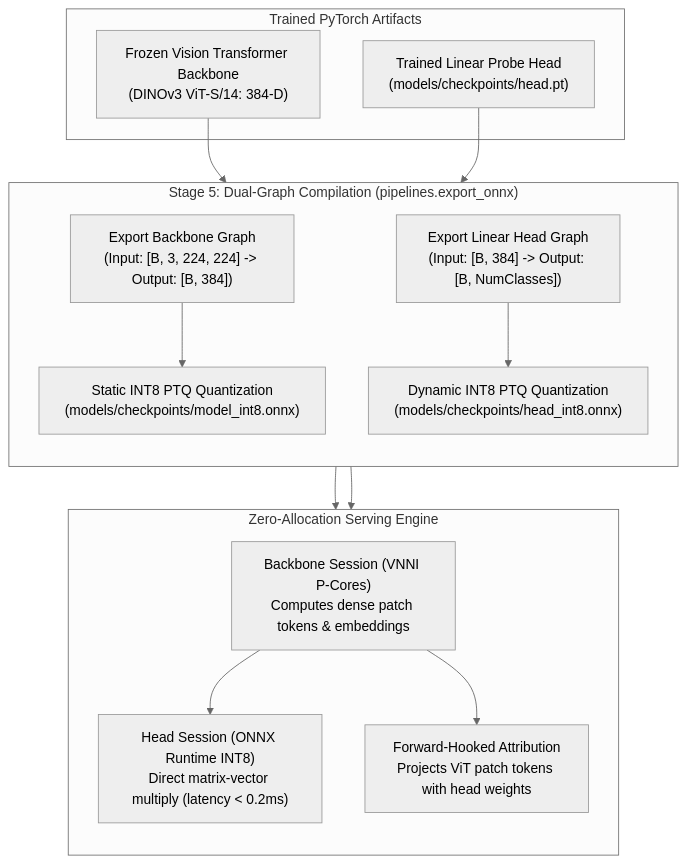
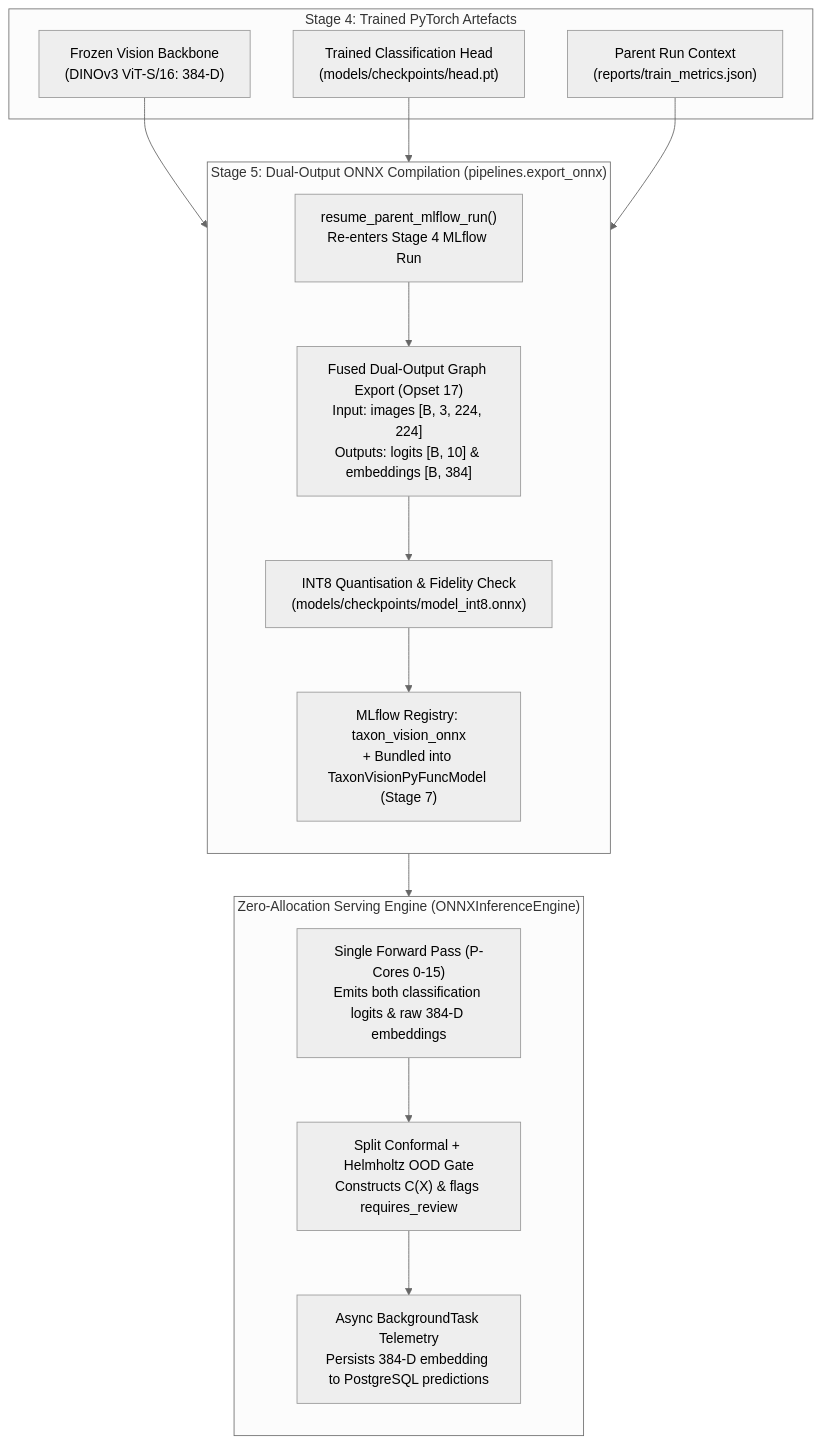
One commit to foersben/taxon-vision-mlops changed the diagram in docs/model_engineering/onnx_optimization_and_latency.md. Above: the diagram before and after it, drawn with Mermaid (neutral theme). The commit also changed other lines of this file and 26 other files, not shown here.

````diff
--- a/docs/model_engineering/onnx_optimization_and_latency.md
+++ b/docs/model_engineering/onnx_optimization_and_latency.md
@@ -28,31 +31,30 @@
 ```mermaid
 flowchart TD
-    subgraph PyTorchArtifacts["Trained PyTorch Artifacts"]
-        B_FP32["Frozen Vision Transformer Backbone<br/>(DINOv3 ViT-S/14: 384-D)"]
-        H_FP32["Trained Linear Probe Head<br/>(models/checkpoints/head.pt)"]
+    subgraph PyTorchArtifacts["Stage 4: Trained PyTorch Artefacts"]
+        B_FP32["Frozen Vision Backbone<br/>(DINOv3 ViT-S/16: 384-D)"]
+        H_FP32["Trained Classification Head<br/>(models/checkpoints/head.pt)"]
+        M_JSON["Parent Run Context<br/>(reports/train_metrics.json)"]
     end
 
-    subgraph ONNXCompilation["Stage 5: Dual-Graph Compilation (pipelines.export_onnx)"]
+    subgraph ONNXCompilation["Stage 5: Dual-Output ONNX Compilation (pipelines.export_onnx)"]
         direction TB
-        E1["Export Backbone Graph<br/>(Input: [B, 3, 224, 224] -> Output: [B, 384])"]
-        E2["Export Linear Head Graph<br/>(Input: [B, 384] -> Output: [B, NumClasses])"]
-        Q1["Static INT8 PTQ Quantization<br/>(models/checkpoints/model_int8.onnx)"]
-        Q2["Dynamic INT8 PTQ Quantization<br/>(models/checkpoints/head_int8.onnx)"]
-        E1 --> Q1
-        E2 --> Q2
+        RES["resume_parent_mlflow_run()<br/>Re-enters Stage 4 MLflow Run"]
+        E1["Fused Dual-Output Graph Export (Opset 17)<br/>Input: images [B, 3, 224, 224]<br/>Outputs: logits [B, 10] & embeddings [B, 384]"]
+        Q1["INT8 Quantisation & Fidelity Check<br/>(models/checkpoints/model_int8.onnx)"]
+        REG["MLflow Registry: taxon_vision_onnx<br/>+ Bundled into TaxonVisionPyFuncModel (Stage 7)"]
+        RES --> E1 --> Q1 --> REG
     end
 
-    subgraph ServingRuntime["Zero-Allocation Serving Engine"]
+    subgraph ServingRuntime["Zero-Allocation Serving Engine (ONNXInferenceEngine)"]
         direction TB
-        S_B["Backbone Session (VNNI P-Cores)<br/>Computes dense patch tokens & embeddings"]
-        S_H["Head Session (ONNX Runtime INT8)<br/>Direct matrix-vector multiply (latency < 0.2ms)"]
-        S_CAM["Forward-Hooked Attribution<br/>Projects ViT patch tokens with head weights"]
-        S_B --> S_H
-        S_B --> S_CAM
+        S_ORT["Single Forward Pass (P-Cores 0-15)<br/>Emits both classification logits & raw 384-D embeddings"]
+        S_CONF["Split Conformal + Helmholtz OOD Gate<br/>Constructs C(X) & flags requires_review"]
+        S_TEL["Async BackgroundTask Telemetry<br/>Persists 384-D embedding to PostgreSQL predictions"]
+        S_ORT --> S_CONF --> S_TEL
     end
 
     B_FP32 --> E1
-    H_FP32 --> E2
-    Q1 --> S_B
-    Q2 --> S_H
+    H_FP32 --> E1
+    M_JSON --> RES
+    Q1 --> S_ORT
 ```
````
